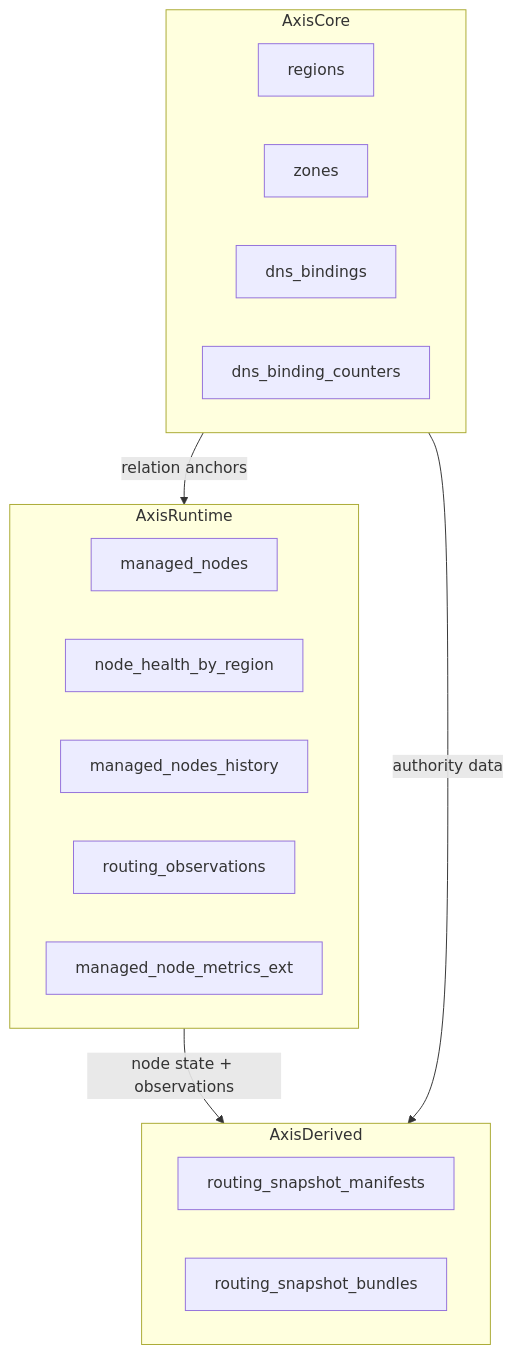
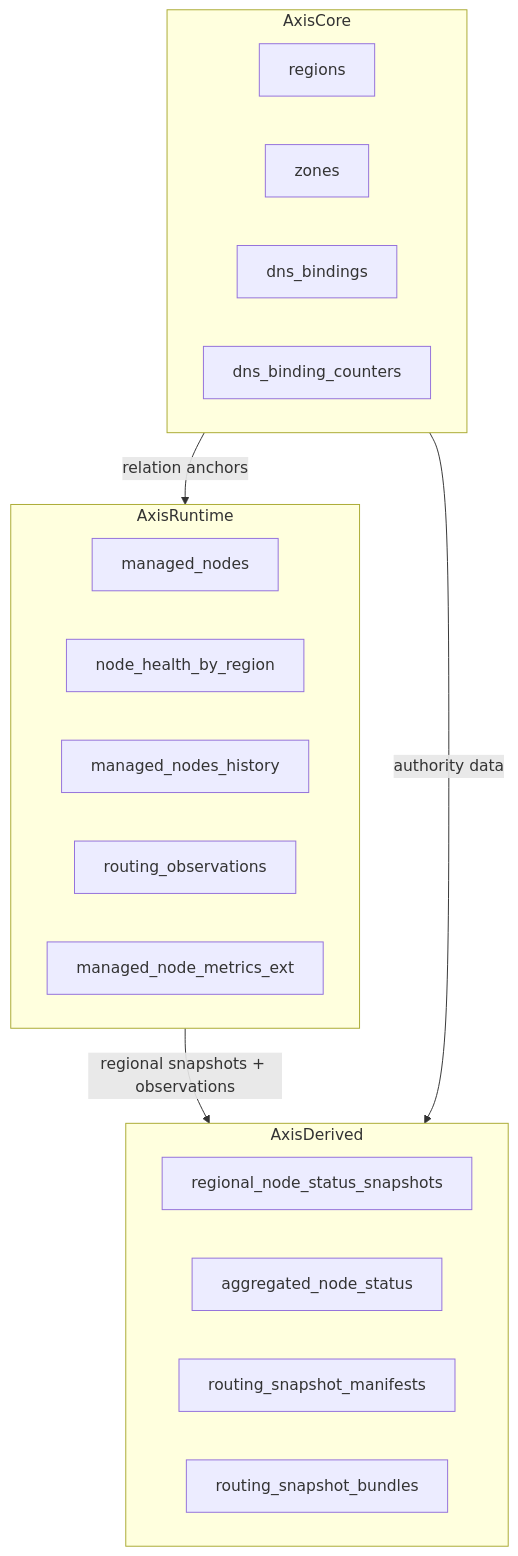
One commit to SamuelFan1/Axis changed the diagram in TABLES.md. Above: the diagram before and after it, drawn with Mermaid. The commit also changed other lines of this file and 26 other files, not shown here.

````diff
--- a/TABLES.md
+++ b/TABLES.md
@@ -14,26 +14,28 @@
 ```mermaid
 flowchart TD
     subgraph axisCore [AxisCore]
         regions[regions]
         zones[zones]
         dnsBindings[dns_bindings]
         dnsCounters[dns_binding_counters]
     end
 
     subgraph axisRuntime [AxisRuntime]
         managedNodes[managed_nodes]
         nodeHealthByRegion[node_health_by_region]
         managedNodesHistory[managed_nodes_history]
         routingObservations[routing_observations]
         managedNodeMetricsExt[managed_node_metrics_ext]
     end
 
     subgraph axisDerived [AxisDerived]
+        regionalNodeStatusSnapshots[regional_node_status_snapshots]
+        aggregatedNodeStatus[aggregated_node_status]
         routingSnapshotManifests[routing_snapshot_manifests]
         routingSnapshotBundles[routing_snapshot_bundles]
     end
 
     axisCore -->|"relation anchors"| axisRuntime
-    axisRuntime -->|"node state + observations"| axisDerived
+    axisRuntime -->|"regional snapshots + observations"| axisDerived
     axisCore -->|"authority data"| axisDerived
 ```
````
